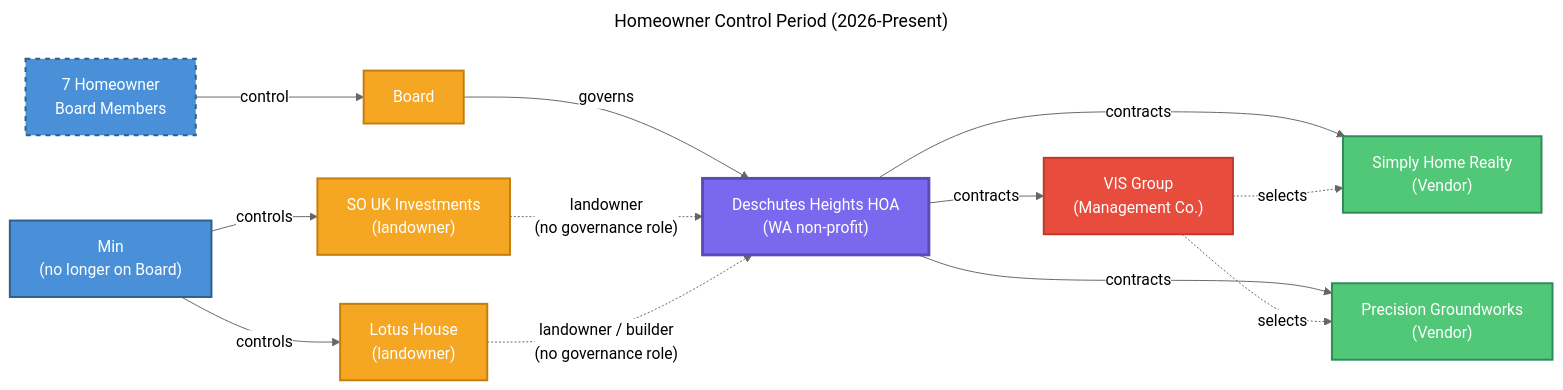
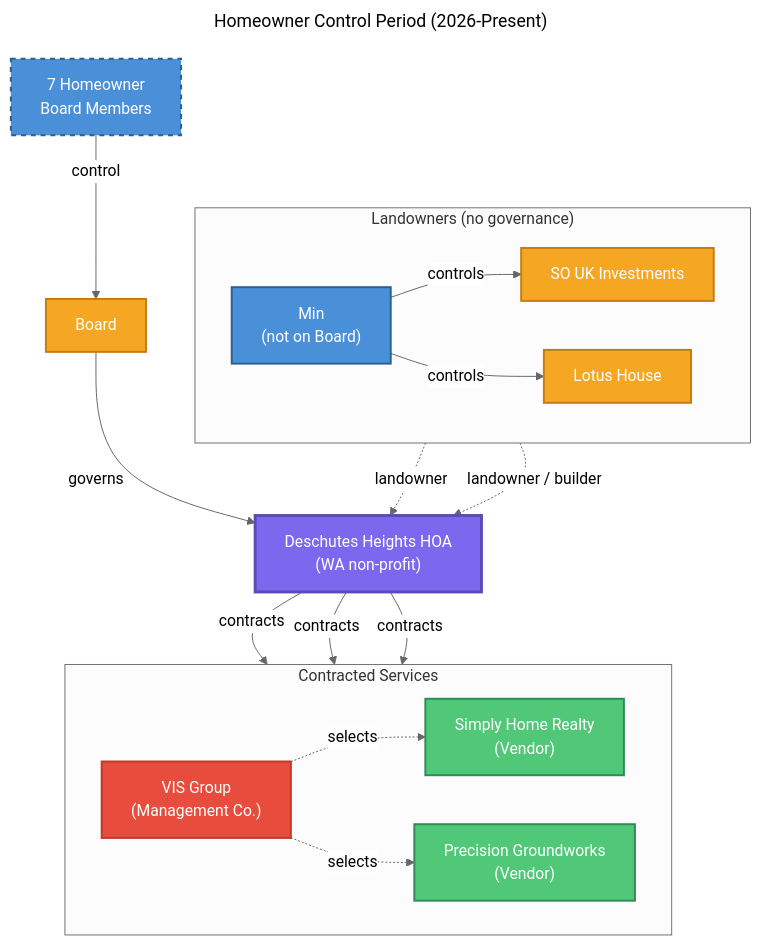
One commit to chadkirby/treasurer-reports changed the diagram in public/sources/relationships-homeowner.mermaid. Above: the diagram before and after it, drawn with Mermaid (neutral theme). The commit also changed 4 other files, not shown here.

Commit message:
bumped Mermaid font size and re‑laid out all three diagrams vertically

```diff
--- a/public/sources/relationships-homeowner.mermaid
+++ b/public/sources/relationships-homeowner.mermaid
@@ -1,37 +1,43 @@
 ---
 title: "Homeowner Control Period (2026-Present)"
 ---
-graph LR
+graph TB
   classDef person fill:#4A90D9,color:#fff,stroke:#2C5F8A,stroke-width:2px
   classDef entity fill:#F5A623,color:#fff,stroke:#C47D0E,stroke-width:2px
   classDef hoa fill:#7B68EE,color:#fff,stroke:#5A4CB5,stroke-width:3px
   classDef vendor fill:#50C878,color:#fff,stroke:#2E8B57,stroke-width:2px
   classDef mgmt fill:#E74C3C,color:#fff,stroke:#C0392B,stroke-width:2px
   classDef homeowners fill:#4A90D9,color:#fff,stroke:#2C5F8A,stroke-width:2px,stroke-dasharray: 5 5
 
-  Owners["7 Homeowner\nBoard Members"]:::homeowners
+  Owners["7 Homeowner<br/>Board Members"]:::homeowners
   Board_H["Board"]:::entity
-  HOA_H["Deschutes Heights HOA\n(WA non-profit)"]:::hoa
+  HOA_H["Deschutes Heights HOA<br/>(WA non-profit)"]:::hoa
 
-  Min_H["Min\n(no longer on Board)"]:::person
-  SOUK_H["SO UK Investments\n(landowner)"]:::entity
-  Lotus_H["Lotus House\n(landowner)"]:::entity
+  subgraph LANDOWNERS ["Landowners (no governance)"]
+    direction LR
+  Min_H["Min<br/>(not on Board)"]:::person
+    SOUK_H["SO UK Investments"]:::entity
+    Lotus_H["Lotus House"]:::entity
+  end
 
-  VIS_H["VIS Group\n(Management Co.)"]:::mgmt
-  SHR_H["Simply Home Realty\n(Vendor)"]:::vendor
-  PG_H["Precision Groundworks\n(Vendor)"]:::vendor
+  subgraph VENDORS ["Contracted Services"]
+    direction LR
+  VIS_H["VIS Group<br/>(Management Co.)"]:::mgmt
+  SHR_H["Simply Home Realty<br/>(Vendor)"]:::vendor
+  PG_H["Precision Groundworks<br/>(Vendor)"]:::vendor
+  end
 
   Owners -- "control" --> Board_H
   Board_H -- "governs" --> HOA_H
 
   Min_H -- "controls" --> SOUK_H
   Min_H -- "controls" --> Lotus_H
-  SOUK_H -. "landowner\n(no governance role)" .-> HOA_H
-  Lotus_H -. "landowner / builder\n(no governance role)" .-> HOA_H
+  SOUK_H -. "landowner" .-> HOA_H
+  Lotus_H -. "landowner / builder" .-> HOA_H
 
   HOA_H -- "contracts" --> VIS_H
   HOA_H -- "contracts" --> SHR_H
   HOA_H -- "contracts" --> PG_H
 
   VIS_H -. "selects" .-> SHR_H
   VIS_H -. "selects" .-> PG_H
```
